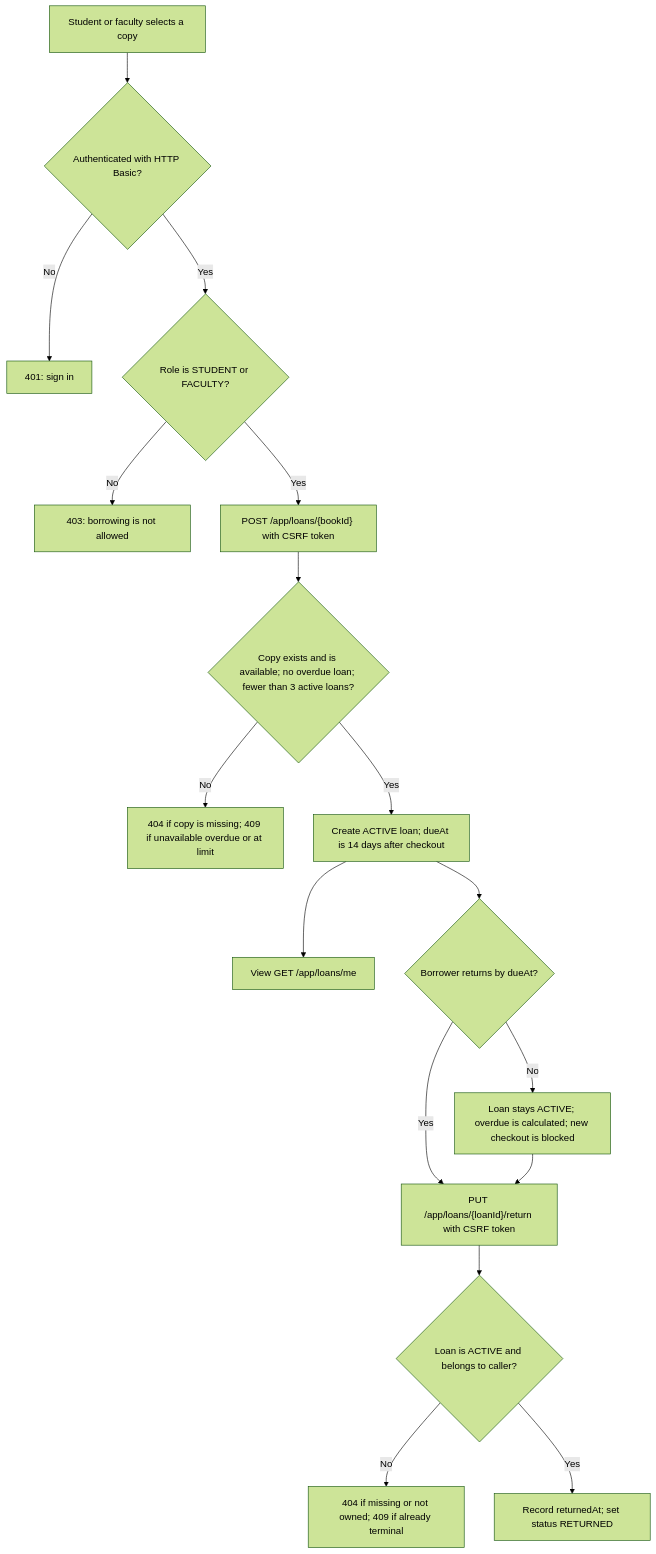
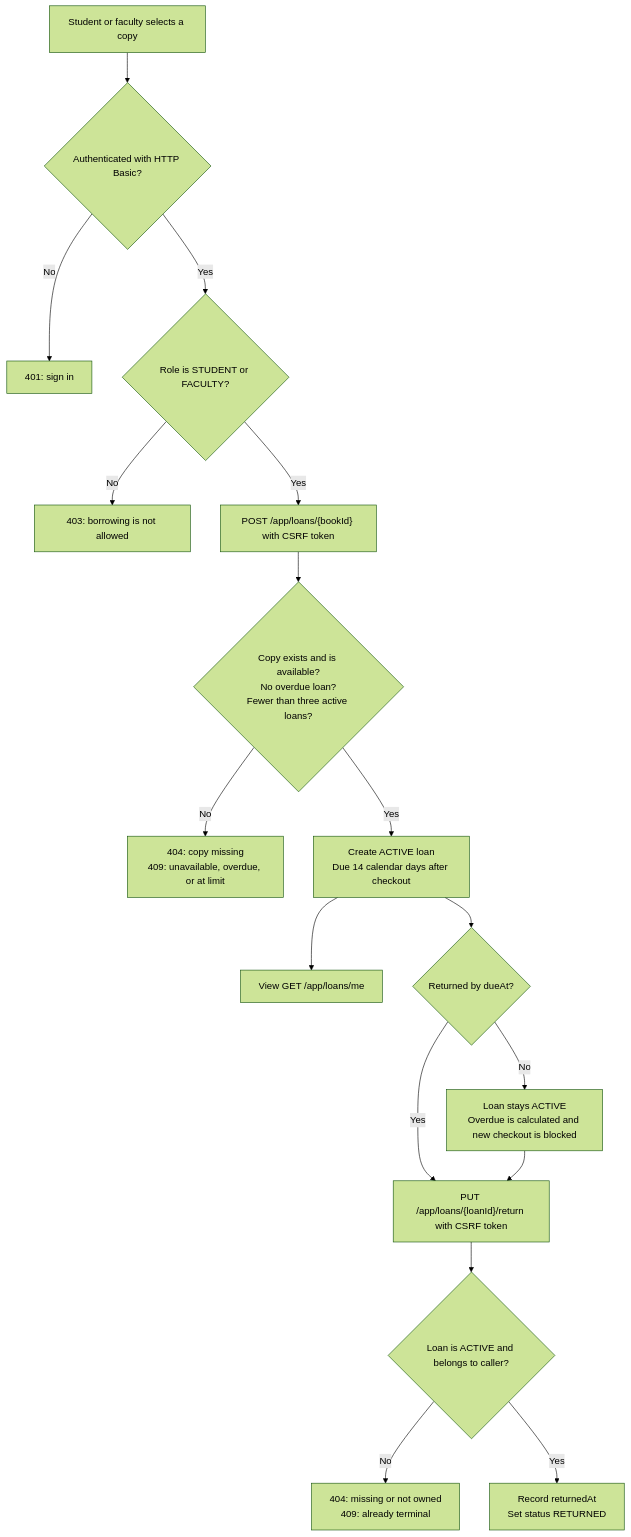
One commit to kyledelfin2006/libro-library-system changed the first of 3 diagrams in docs/loan.md. Above: the diagram before and after it, drawn with Mermaid (forest theme). The commit also changed other lines of this file and 1 other file, not shown here.

Commit message:
documentation fixxing

````diff
--- a/docs/loan.md
+++ b/docs/loan.md
@@ -37,19 +37,19 @@
 ```mermaid
 flowchart TD
-    Start[Student or faculty selects a copy] --> Auth{Authenticated with HTTP Basic?}
-    Auth -->|No| SignIn[401: sign in]
-    Auth -->|Yes| Role{Role is STUDENT or FACULTY?}
-    Role -->|No| Forbidden[403: borrowing is not allowed]
+    Start["Student or faculty selects a copy"] --> Auth{"Authenticated with HTTP Basic?"}
+    Auth -->|No| SignIn["401: sign in"]
+    Auth -->|Yes| Role{"Role is STUDENT or FACULTY?"}
+    Role -->|No| Forbidden["403: borrowing is not allowed"]
     Role -->|Yes| Borrow["POST /app/loans/{bookId} with CSRF token"]
-    Borrow --> Checks{Copy exists and is available; no overdue loan; fewer than 3 active loans?}
-    Checks -->|No| Rejected[404 if copy is missing; 409 if unavailable overdue or at limit]
-    Checks -->|Yes| Active[Create ACTIVE loan; dueAt is 14 days after checkout]
-    Active --> History[View GET /app/loans/me]
-    Active --> Due{Borrower returns by dueAt?}
+    Borrow --> Checks{"Copy exists and is available?<br/>No overdue loan?<br/>Fewer than three active loans?"}
+    Checks -->|No| Rejected["404: copy missing<br/>409: unavailable, overdue, or at limit"]
+    Checks -->|Yes| Active["Create ACTIVE loan<br/>Due 14 calendar days after checkout"]
+    Active --> History["View GET /app/loans/me"]
+    Active --> Due{"Returned by dueAt?"}
     Due -->|Yes| Return["PUT /app/loans/{loanId}/return with CSRF token"]
-    Due -->|No| Overdue[Loan stays ACTIVE; overdue is calculated; new checkout is blocked]
+    Due -->|No| Overdue["Loan stays ACTIVE<br/>Overdue is calculated and new checkout is blocked"]
     Overdue --> Return
-    Return --> Ownership{Loan is ACTIVE and belongs to caller?}
-    Ownership -->|No| ReturnError[404 if missing or not owned; 409 if already terminal]
-    Ownership -->|Yes| Returned[Record returnedAt; set status RETURNED]
+    Return --> Ownership{"Loan is ACTIVE and belongs to caller?"}
+    Ownership -->|No| ReturnError["404: missing or not owned<br/>409: already terminal"]
+    Ownership -->|Yes| Returned["Record returnedAt<br/>Set status RETURNED"]
 ```
````
